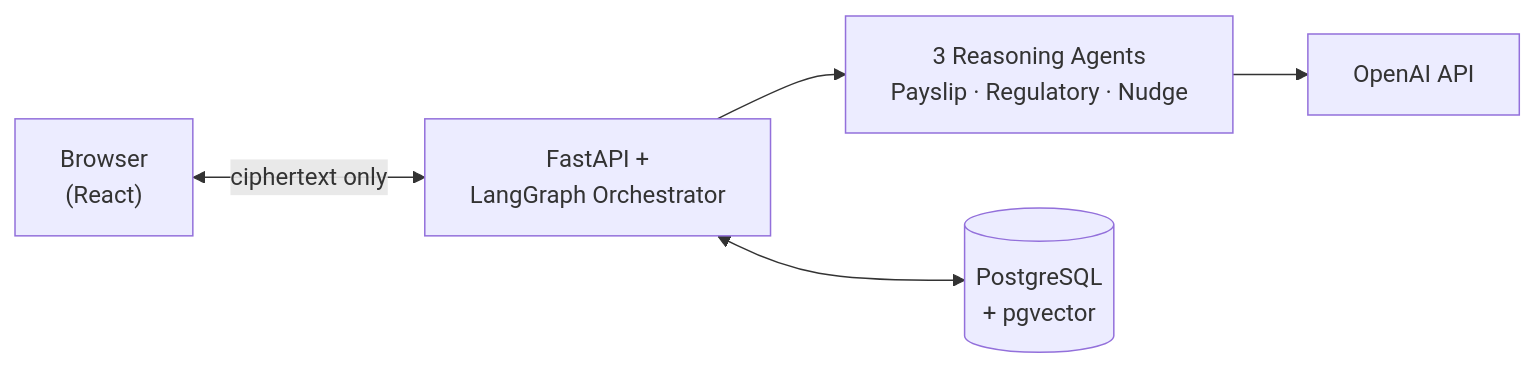
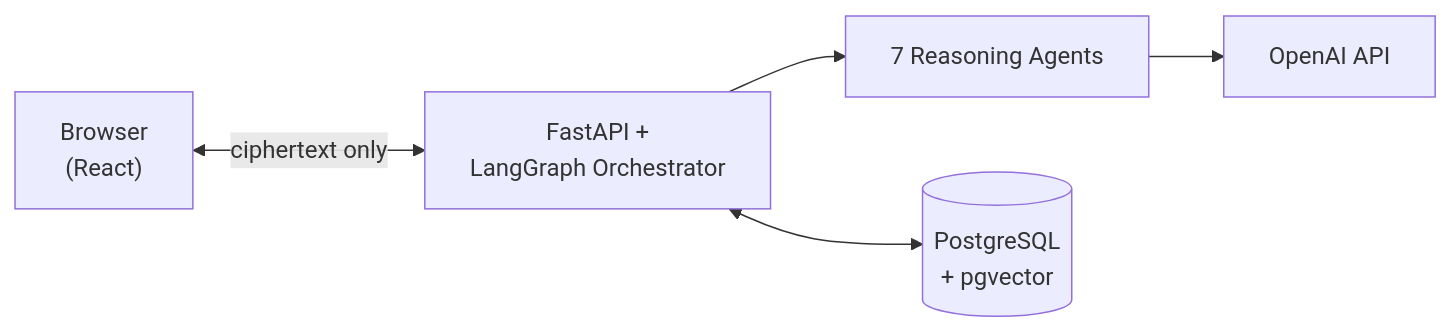
One commit to Ramya192/pay-nexus changed the diagram in README.md. Above: the diagram before and after it, drawn with Mermaid. The commit also changed other lines of this file and 1 other file, not shown here.

````diff
--- a/README.md
+++ b/README.md
@@ -19,7 +23,7 @@
 ```mermaid
 graph LR
     User["Browser<br/>(React)"] <-->|ciphertext only| Backend
-    Backend["FastAPI +<br/>LangGraph Orchestrator"] --> Agents["3 Reasoning Agents<br/>Payslip · Regulatory · Nudge"]
+    Backend["FastAPI +<br/>LangGraph Orchestrator"] --> Agents["7 Reasoning Agents"]
     Agents --> OpenAI["OpenAI API"]
     Backend <--> DB[("PostgreSQL<br/>+ pgvector")]
 ```
````
